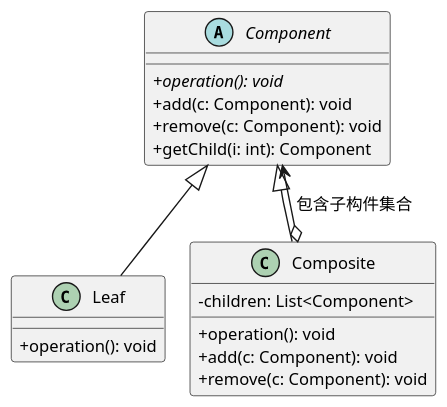
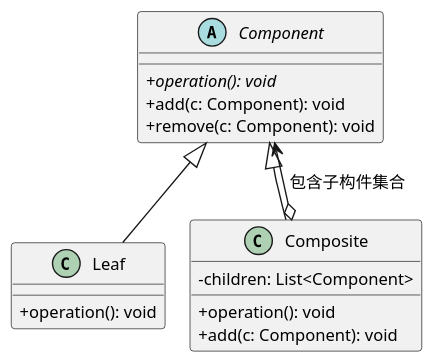
The ninth of 20 diagrams in 02-visual-diagrams/03-设计模式核心图谱与真题命题密码.md (cpsa3/software-designer-fast-pass), drawn with PlantUML before and after one commit. The commit also changed other lines of this file, not shown here.

````diff
--- a/02-visual-diagrams/03-设计模式核心图谱与真题命题密码.md
+++ b/02-visual-diagrams/03-设计模式核心图谱与真题命题密码.md
@@ -592,28 +416,26 @@
 ```plantuml
 @startuml
 !pragma layout smetana
 skinparam dpi 125
 skinparam defaultFontSize 12
 skinparam classAttributeIconSize 0
 
 abstract class Component {
     + {abstract} operation(): void
     + add(c: Component): void
     + remove(c: Component): void
-    + getChild(i: int): Component
 }
 
 class Leaf extends Component {
     + operation(): void
 }
 
 class Composite extends Component {
     - children: List<Component>
     + operation(): void
     + add(c: Component): void
-    + remove(c: Component): void
 }
 
 Composite o--> Component : 包含子构件集合
 @enduml
 ```
````
